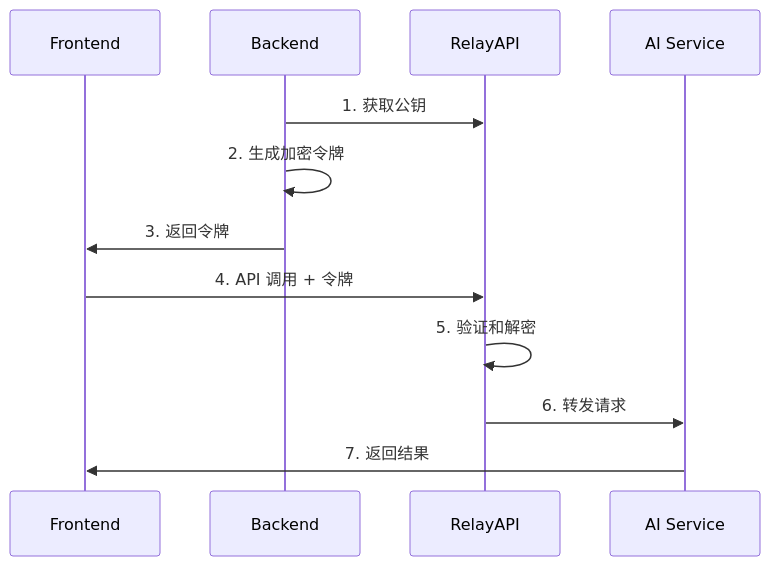
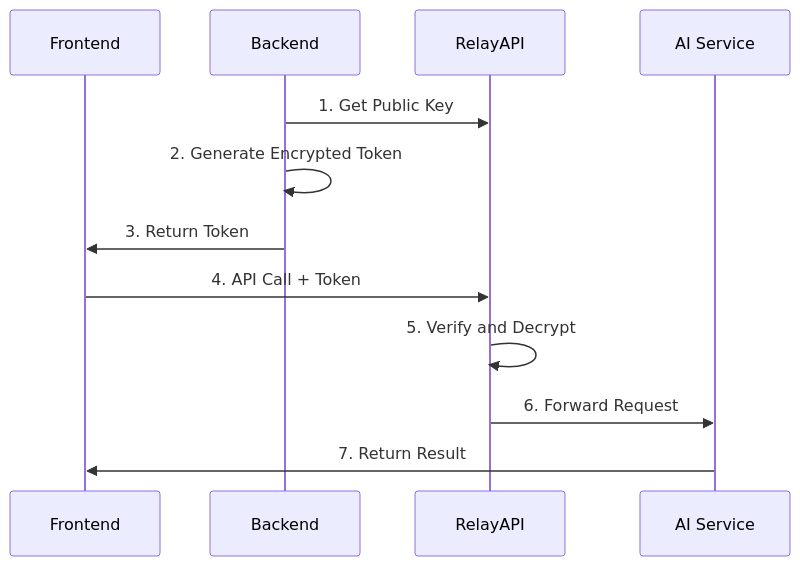
One commit to relayapi/RelayAPI changed the diagram in README.md. Above: the diagram before and after it, drawn with Mermaid. The commit also changed other lines of this file and 1 other file, not shown here.

````diff
--- a/README.md
+++ b/README.md
@@ -32,15 +35,15 @@
 ```mermaid
 sequenceDiagram
     participant F as Frontend
     participant B as Backend
     participant R as RelayAPI
     participant A as AI Service
 
-    B->>R: 1. 获取公钥
-    B->>B: 2. 生成加密令牌
-    B->>F: 3. 返回令牌
-    F->>R: 4. API 调用 + 令牌
-    R->>R: 5. 验证和解密
-    R->>A: 6. 转发请求
-    A->>F: 7. 返回结果
+    B->>R: 1. Get Public Key
+    B->>B: 2. Generate Encrypted Token
+    B->>F: 3. Return Token
+    F->>R: 4. API Call + Token
+    R->>R: 5. Verify and Decrypt
+    R->>A: 6. Forward Request
+    A->>F: 7. Return Result
 ```
````
